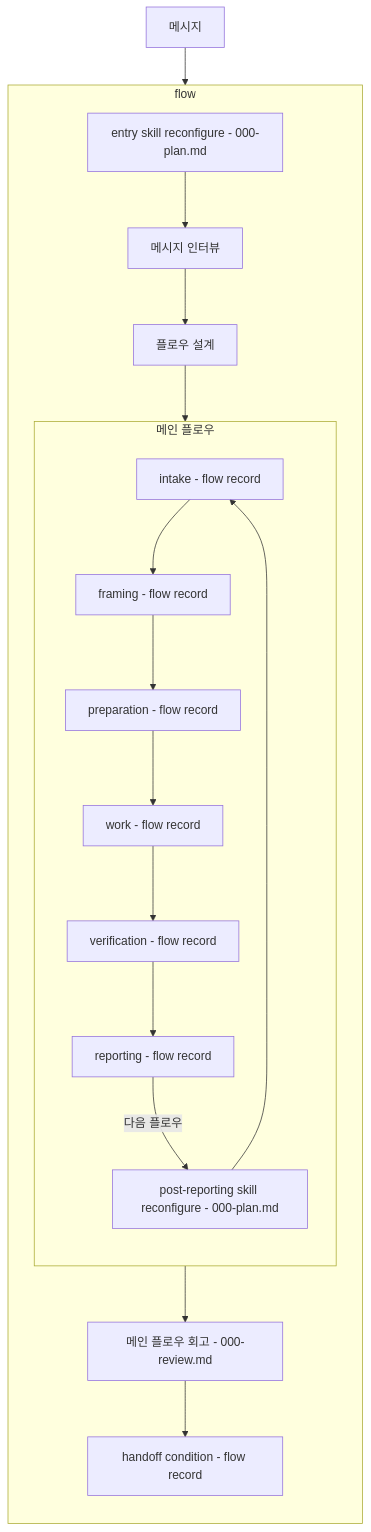
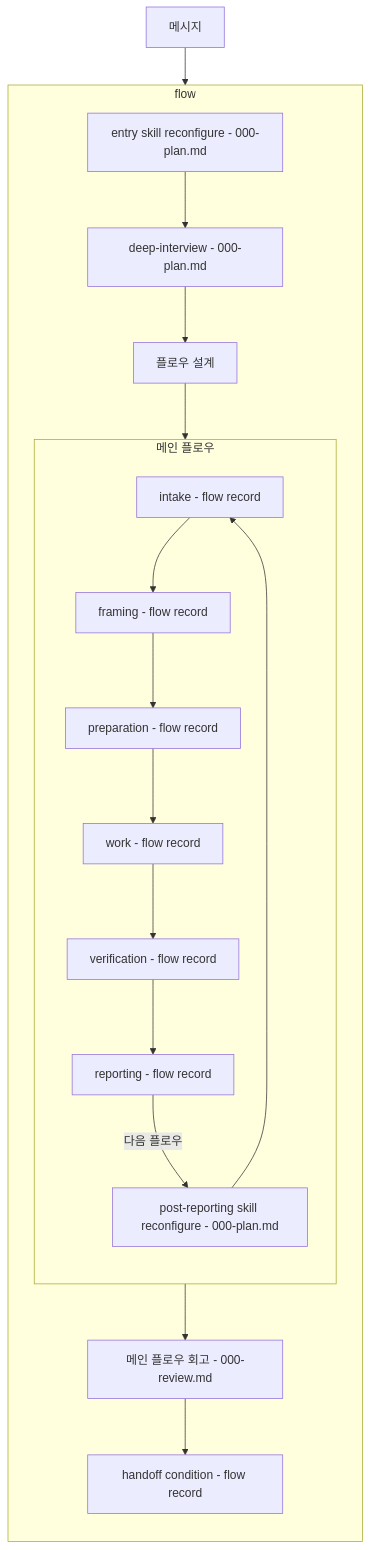
One commit to opnay/agent-plugins changed the first of 3 diagrams in src/loop-kit-dev/specs/skills/flow/intent.md. Above: the diagram before and after it, drawn with Mermaid. The commit also changed other lines of this file and 36 other files, not shown here.

First line of the commit message:
feat: move deep-interview into loop-kit

````diff
--- a/src/loop-kit-dev/specs/skills/flow/intent.md
+++ b/src/loop-kit-dev/specs/skills/flow/intent.md
@@ -5,25 +5,25 @@
 ```mermaid
 graph TD
   MESSAGE[메시지] --> ENTRY_RECONFIG
 
   subgraph FLOW[flow]
     direction TB
     ENTRY_RECONFIG[entry skill reconfigure - 000-plan.md] --> INTERVIEW
-    INTERVIEW[메시지 인터뷰] --> DESIGN[플로우 설계]
+    INTERVIEW[deep-interview - 000-plan.md] --> DESIGN[플로우 설계]
     DESIGN --> MAIN
 
     subgraph MAIN[메인 플로우]
       direction TB
       INTAKE[intake - flow record] --> FRAMING[framing - flow record]
       FRAMING --> PREP[preparation - flow record]
       PREP --> WORK[work - flow record]
       WORK --> VERIFY[verification - flow record]
       VERIFY --> REPORT[reporting - flow record]
       REPORT -->|다음 플로우| POST_REPORT_RECONFIG[post-reporting skill reconfigure - 000-plan.md]
       POST_REPORT_RECONFIG --> INTAKE
     end
 
     MAIN --> REVIEW[메인 플로우 회고 - 000-review.md]
     REVIEW --> HANDOFF[handoff condition - flow record]
   end
 ```
````
